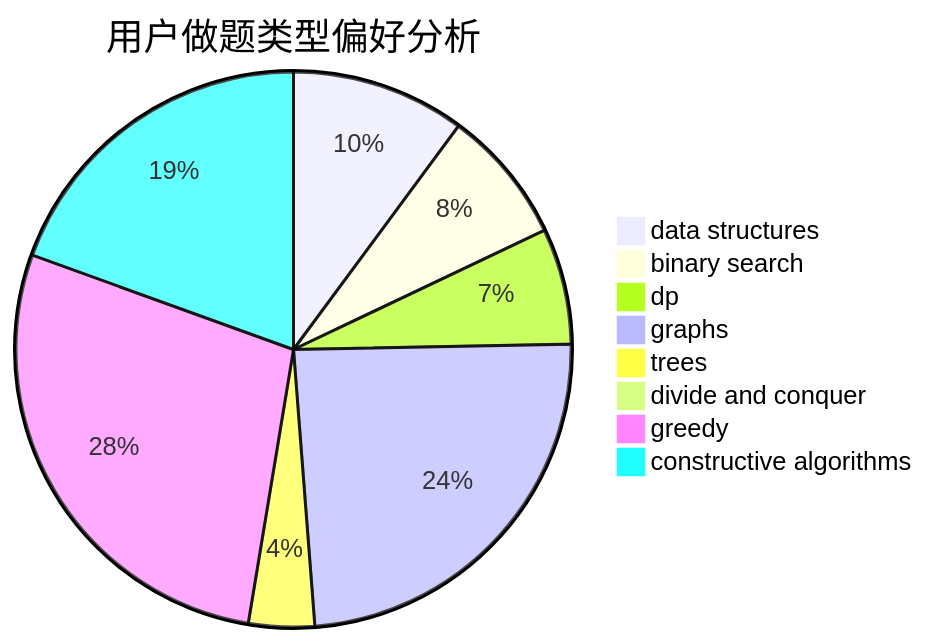
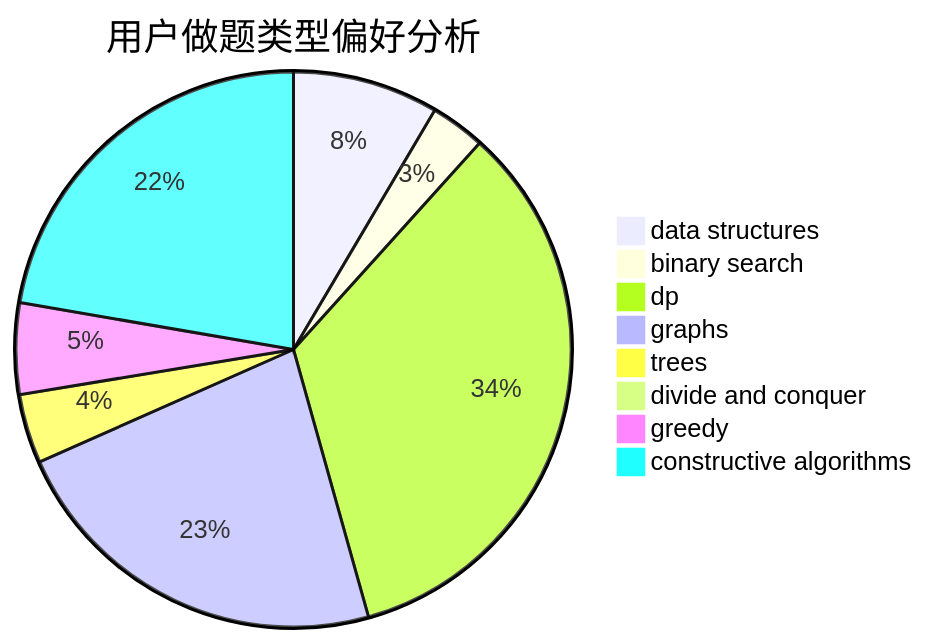
Before and after one commit to sherpahu/cfrs.github.io: the second of 3 diagrams in docs/user/u137.md, drawn with Mermaid. The commit also changed other lines of this file and 2770 other files, not shown here.

````diff
--- a/docs/user/u137.md
+++ b/docs/user/u137.md
@@ -23,11 +23,11 @@
 ```mermaid
 pie title 用户做题类型偏好分析
-    "data structures" :  66
-    "binary search" :  51
-    "dp" :  44
-    "graphs" :  157
-    "trees" :  25
-    "divide and conquer" :  5
-    "greedy" :  182
-    "constructive algorithms" :  127
+    "data structures" :  40
+    "binary search" :  15
+    "dp" :  160
+    "graphs" :  107
+    "trees" :  19
+    "divide and conquer" :  2
+    "greedy" :  25
+    "constructive algorithms" :  105
 ```
````
